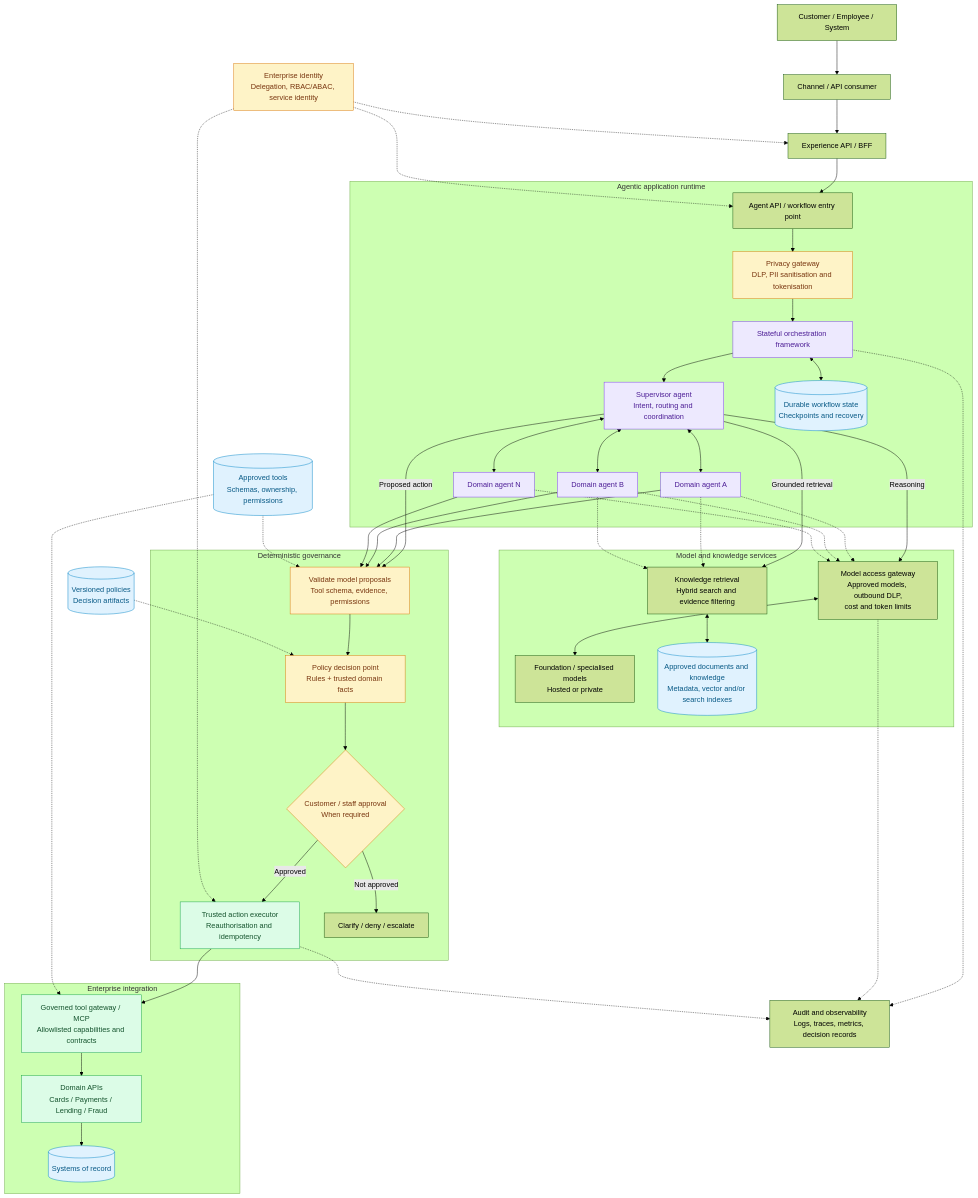
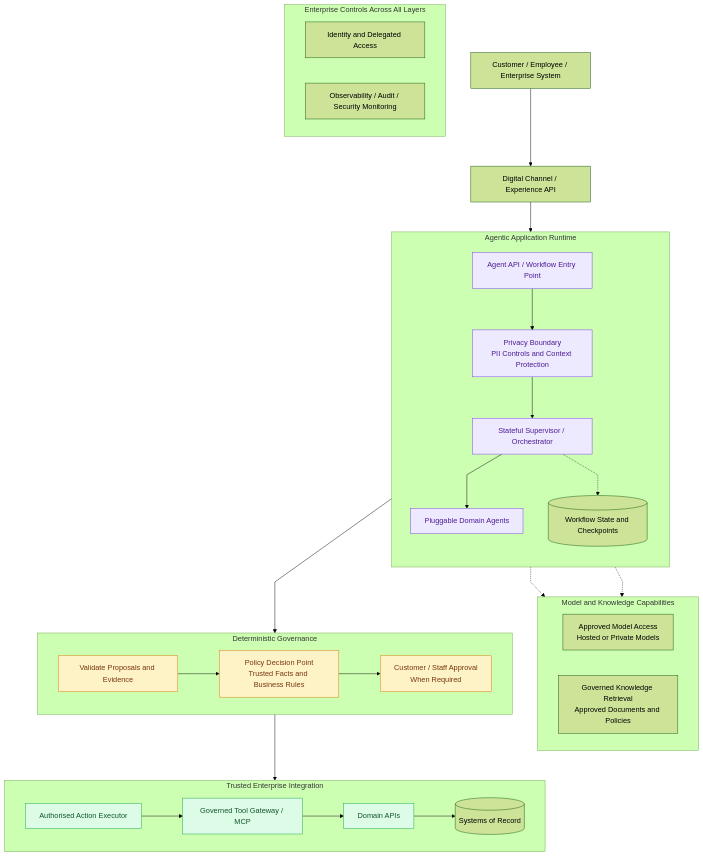
One commit to kishoreakaveeti/CardServicing changed the first of 4 diagrams in docs/reference_architecture.md. Above: the diagram before and after it, drawn with Mermaid (forest theme). The commit also changed other lines of this file, not shown here.

````diff
--- a/docs/reference_architecture.md
+++ b/docs/reference_architecture.md
@@ -28,88 +3,50 @@
 ```mermaid
+%%{init: {"flowchart": {"curve": "linear", "nodeSpacing": 55, "rankSpacing": 65}}}%%
 flowchart TB
-    Consumer["Customer / Employee / System"] --> Channel["Channel / API consumer"]
-    Channel --> BFF["Experience API / BFF"]
+    Consumer["Customer / Employee / Enterprise System"] --> Experience["Digital Channel / Experience API"]
 
-    subgraph Runtime["Agentic application runtime"]
-        Entry["Agent API / workflow entry point"]
-        Privacy["Privacy gateway<br/>DLP, PII sanitisation and tokenisation"]
-        Orchestrator["Stateful orchestration framework"]
-        Supervisor["Supervisor agent<br/>Intent, routing and coordination"]
-        A["Domain agent A"]
-        B["Domain agent B"]
-        N["Domain agent N"]
-        State[("Durable workflow state<br/>Checkpoints and recovery")]
-
-        Entry --> Privacy --> Orchestrator --> Supervisor
-        Supervisor <--> A
-        Supervisor <--> B
-        Supervisor <--> N
-        Orchestrator <--> State
+    subgraph Runtime["Agentic Application Runtime"]
+        direction TB
+        Entry["Agent API / Workflow Entry Point"] --> Privacy["Privacy Boundary<br/>PII Controls and Context Protection"]
+        Privacy --> Orchestrator["Stateful Supervisor / Orchestrator"]
+        Orchestrator --> Specialists["Pluggable Domain Agents"]
+        Orchestrator -.-> State[("Workflow State and Checkpoints")]
     end
 
-    subgraph Intelligence["Model and knowledge services"]
-        ModelGateway["Model access gateway<br/>Approved models, outbound DLP,<br/>cost and token limits"]
-        Models["Foundation / specialised models<br/>Hosted or private"]
-        Retriever["Knowledge retrieval<br/>Hybrid search and evidence filtering"]
-        Knowledge[("Approved documents and knowledge<br/>Metadata, vector and/or search indexes")]
-        ModelGateway <--> Models
-        Retriever <--> Knowledge
+    subgraph Intelligence["Model and Knowledge Capabilities"]
+        direction LR
+        Models["Approved Model Access<br/>Hosted or Private Models"]
+        Retrieval["Governed Knowledge Retrieval<br/>Approved Documents and Policies"]
     end
 
-    subgraph Governance["Deterministic governance"]
-        Validate["Validate model proposals<br/>Tool schema, evidence, permissions"]
-        PDP["Policy decision point<br/>Rules + trusted domain facts"]
-        Approval{"Customer / staff approval<br/>When required"}
-        Executor["Trusted action executor<br/>Reauthorisation and idempotency"]
-        Reject["Clarify / deny / escalate"]
-
-        Validate --> PDP --> Approval
-        Approval -->|"Approved"| Executor
-        Approval -->|"Not approved"| Reject
+    subgraph Governance["Deterministic Governance"]
+        direction LR
+        Validate["Validate Proposals and Evidence"] --> Rules["Policy Decision Point<br/>Trusted Facts and Business Rules"]
+        Rules --> Approval["Customer / Staff Approval<br/>When Required"]
     end
 
-    subgraph Integration["Enterprise integration"]
-        Tools["Governed tool gateway / MCP<br/>Allowlisted capabilities and contracts"]
-        APIs["Domain APIs<br/>Cards / Payments / Lending / Fraud"]
-        Systems[("Systems of record")]
-        Tools --> APIs --> Systems
+    subgraph Integration["Trusted Enterprise Integration"]
+        direction LR
+        Executor["Authorised Action Executor"] --> Gateway["Governed Tool Gateway / MCP"]
+        Gateway --> DomainAPI["Domain APIs"] --> Records[("Systems of Record")]
     end
 
-    BFF --> Entry
-    Supervisor -->|"Reasoning"| ModelGateway
-    A -.-> ModelGateway
-    B -.-> ModelGateway
-    N -.-> ModelGateway
-    Supervisor -->|"Grounded retrieval"| Retriever
-    A -.-> Retriever
-    B -.-> Retriever
-    Supervisor -->|"Proposed action"| Validate
-    A --> Validate
-    B --> Validate
-    N --> Validate
-    Executor --> Tools
+    subgraph Crosscutting["Enterprise Controls Across All Layers"]
+        direction LR
+        Identity["Identity and Delegated Access"]
+        Audit["Observability / Audit / Security Monitoring"]
+    end
 
-    Identity["Enterprise identity<br/>Delegation, RBAC/ABAC, service identity"]
-    Catalogue[("Approved tools<br/>Schemas, ownership, permissions")]
-    Rules[("Versioned policies<br/>Decision artifacts")]
-    Telemetry["Audit and observability<br/>Logs, traces, metrics, decision records"]
+    Experience --> Entry
+    Specialists --> Validate
+    Orchestrator -.-> Models
+    Orchestrator -.-> Retrieval
+    Approval --> Executor
 
-    Identity -.-> BFF
-    Identity -.-> Entry
-    Identity -.-> Executor
-    Catalogue -.-> Tools
-    Catalogue -.-> Validate
-    Rules -.-> PDP
-    Orchestrator -.-> Telemetry
-    ModelGateway -.-> Telemetry
-    Executor -.-> Telemetry
-
-    classDef agent fill:#ede9fe,stroke:#7c3aed,color:#4c1d95
-    classDef guard fill:#fef3c7,stroke:#d97706,color:#78350f
+    classDef runtime fill:#ede9fe,stroke:#7c3aed,color:#4c1d95
+    classDef control fill:#fef3c7,stroke:#d97706,color:#78350f
     classDef trusted fill:#dcfce7,stroke:#16a34a,color:#14532d
-    classDef data fill:#e0f2fe,stroke:#0284c7,color:#075985
-    class Supervisor,A,B,N,Orchestrator agent
-    class Privacy,Validate,PDP,Approval,Identity guard
-    class Executor,Tools,APIs trusted
-    class State,Knowledge,Systems,Catalogue,Rules data
+    class Entry,Privacy,Orchestrator,Specialists runtime
+    class Validate,Rules,Approval control
+    class Executor,Gateway,DomainAPI trusted
 ```
````
